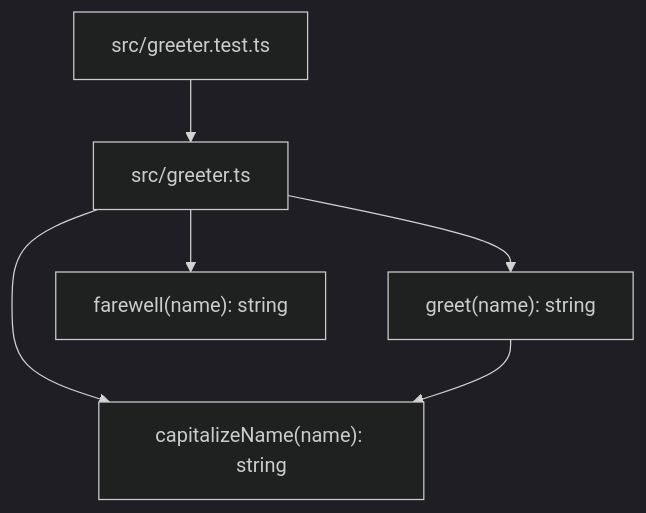
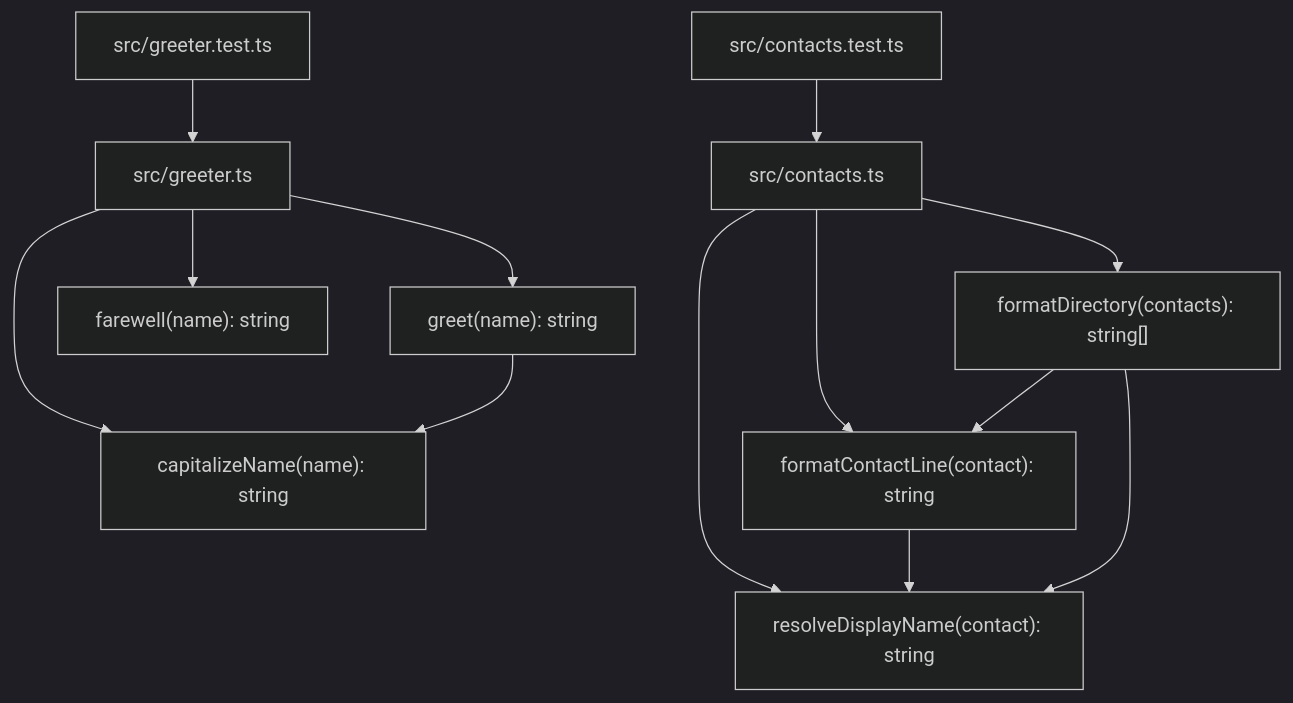
Before and after one commit to narmada-chittem/resolver-rules-testbed: the diagram in .resolver/knowledge/architecture.md, drawn with Mermaid (dark theme). The commit also changed other lines of this file and 3 other files, not shown here.

````diff
--- a/.resolver/knowledge/architecture.md
+++ b/.resolver/knowledge/architecture.md
@@ -20,14 +24,28 @@
 ```mermaid
 flowchart TD
     greeter["src/greeter.ts"]
     capitalizeName["capitalizeName(name): string"]
     greet["greet(name): string"]
     farewell["farewell(name): string"]
-    test["src/greeter.test.ts"]
+    greeterTest["src/greeter.test.ts"]
 
     greeter --> capitalizeName
     greeter --> greet
     greeter --> farewell
     greet --> capitalizeName
-    test --> greeter
+    greeterTest --> greeter
+
+    contacts["src/contacts.ts"]
+    resolveDisplayName["resolveDisplayName(contact): string"]
+    formatContactLine["formatContactLine(contact): string"]
+    formatDirectory["formatDirectory(contacts): string[]"]
+    contactsTest["src/contacts.test.ts"]
+
+    contacts --> resolveDisplayName
+    contacts --> formatContactLine
+    contacts --> formatDirectory
+    formatContactLine --> resolveDisplayName
+    formatDirectory --> resolveDisplayName
+    formatDirectory --> formatContactLine
+    contactsTest --> contacts
 ```
````
